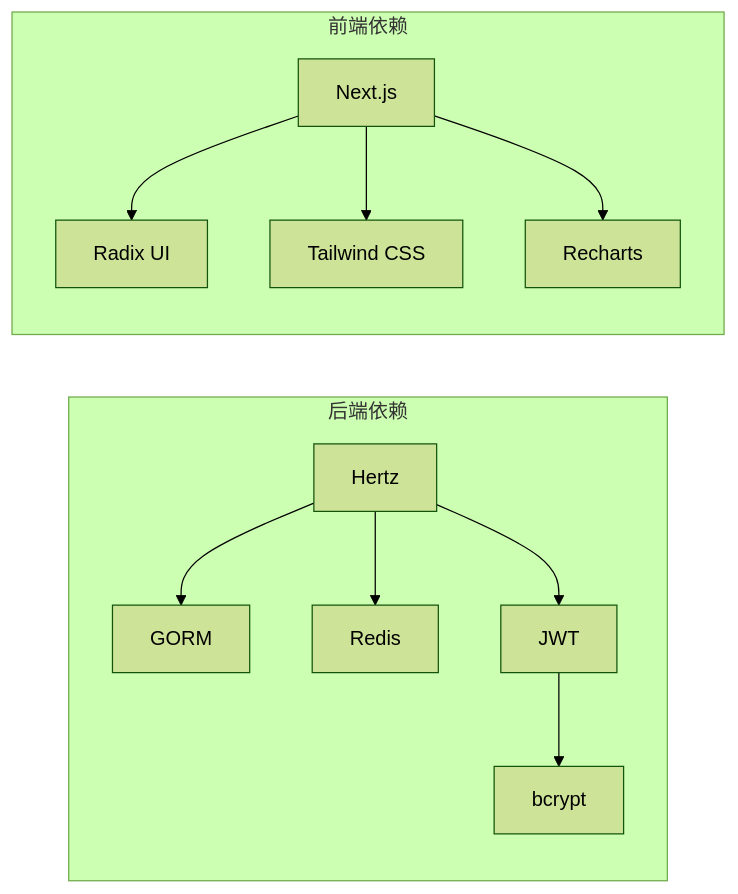
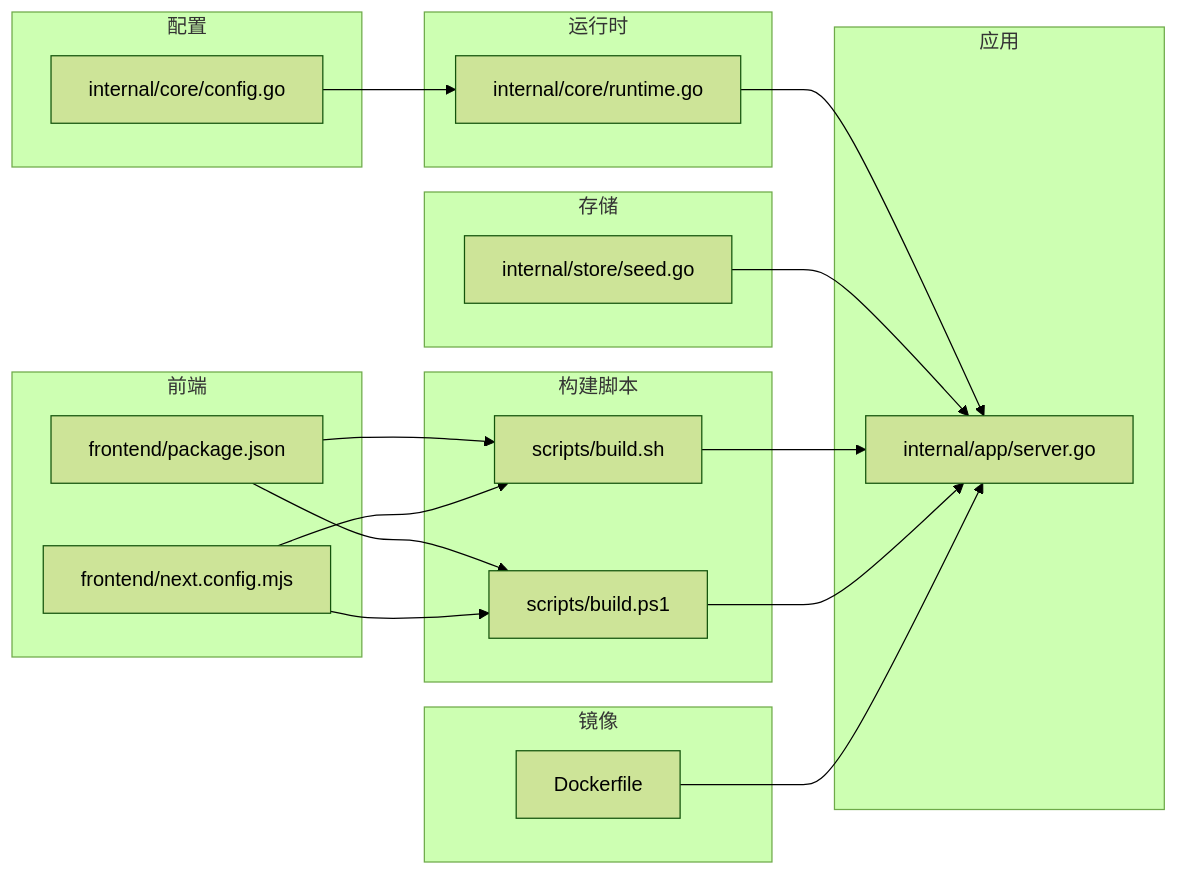
One commit to x01n/My-OpenWaf changed the third of 3 diagrams in docs/项目概述/快速开始.md. Above: the diagram before and after it, drawn with Mermaid (forest theme). The commit also changed other lines of this file and 199 other files, not shown here.

````diff
--- a/docs/项目概述/快速开始.md
+++ b/docs/项目概述/快速开始.md
@@ -317,23 +315,36 @@
 ```mermaid
 graph LR
-subgraph "后端依赖"
-Hertz["Hertz"]
-GORM["GORM"]
-Redis["Redis"]
-JWT["JWT"]
-Crypto["bcrypt"]
+subgraph "配置"
+CFG["internal/core/config.go"]
 end
-subgraph "前端依赖"
-Next["Next.js"]
-Radix["Radix UI"]
-Tailwind["Tailwind CSS"]
-Recharts["Recharts"]
+subgraph "运行时"
+RT["internal/core/runtime.go"]
 end
-Hertz --> GORM
-Hertz --> Redis
-Hertz --> JWT
-JWT --> Crypto
-Next --> Radix
-Next --> Tailwind
-Next --> Recharts
+subgraph "应用"
+APP["internal/app/server.go"]
+end
+subgraph "存储"
+SEED["internal/store/seed.go"]
+end
+subgraph "前端"
+FE_PKG["frontend/package.json"]
+FE_CFG["frontend/next.config.mjs"]
+end
+subgraph "构建脚本"
+SH["scripts/build.sh"]
+PS["scripts/build.ps1"]
+end
+subgraph "镜像"
+DK["Dockerfile"]
+end
+CFG --> RT
+RT --> APP
+SEED --> APP
+FE_PKG --> SH
+FE_CFG --> SH
+FE_PKG --> PS
+FE_CFG --> PS
+SH --> APP
+PS --> APP
+DK --> APP
 ```
````
